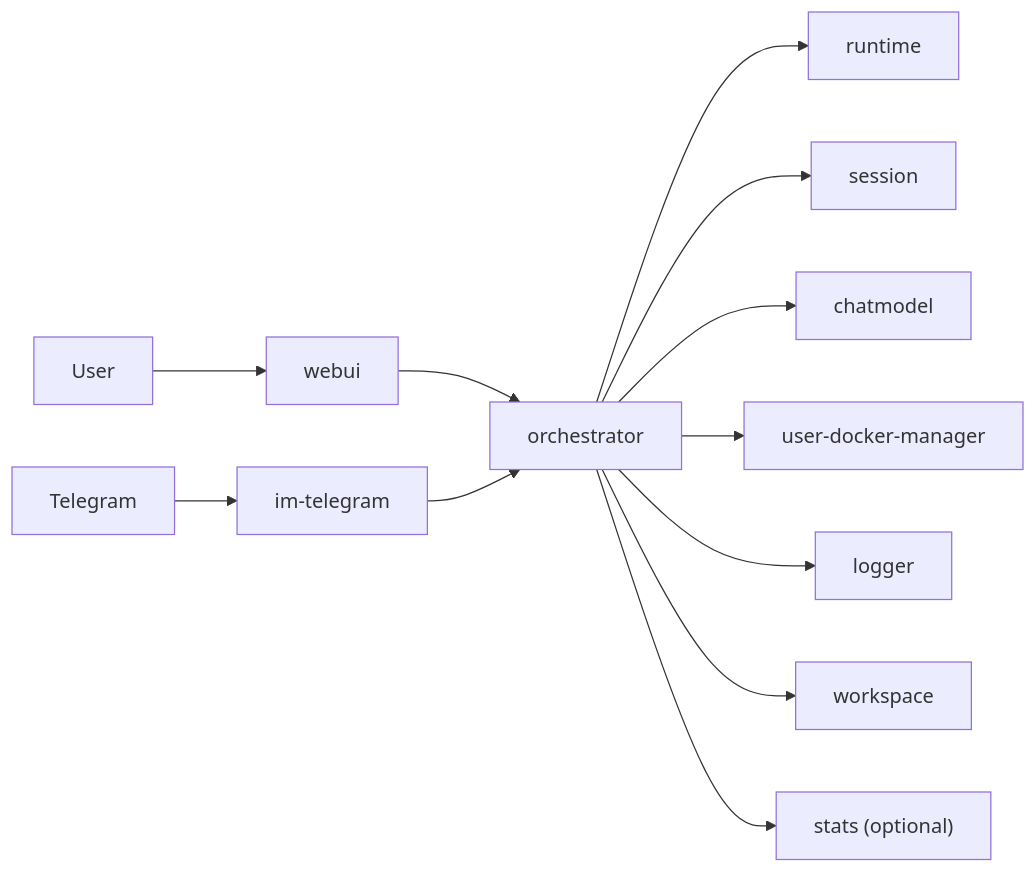
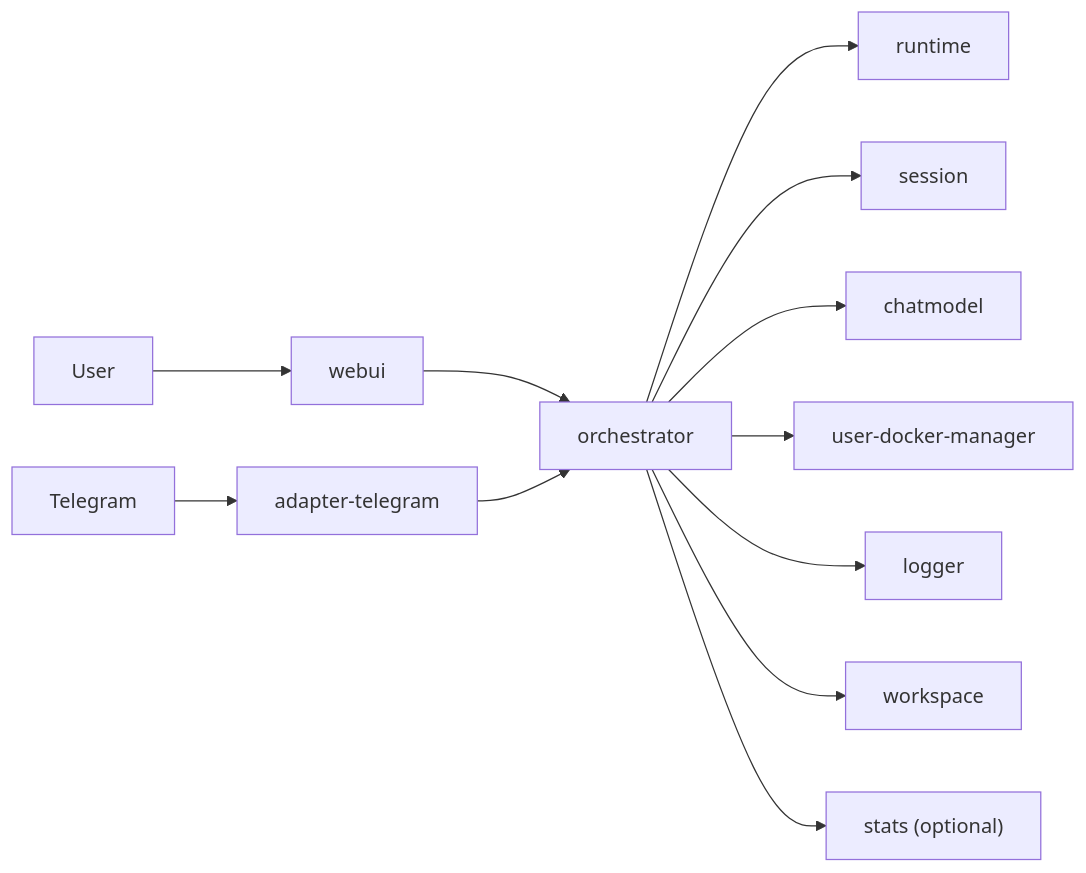
Before and after one commit to WhaleMesh/WhaleBot: the diagram in README.en.md, drawn with Mermaid. The commit also changed other lines of this file and 19 other files, not shown here.

First line of the commit message:
Refactor Telegram integration to adapter-telegram service

````diff
--- a/README.en.md
+++ b/README.en.md
@@ -18,14 +18,14 @@
 ```mermaid
 flowchart LR
   user["User"] --> webui["webui"]
-  tg["Telegram"] --> imTelegram["im-telegram"]
+  tg["Telegram"] --> adapterTelegram["adapter-telegram"]
   webui --> orchestrator["orchestrator"]
-  imTelegram --> orchestrator
+  adapterTelegram --> orchestrator
   orchestrator --> runtime["runtime"]
   orchestrator --> session["session"]
   orchestrator --> chatmodel["chatmodel"]
   orchestrator --> toolDocker["user-docker-manager"]
   orchestrator --> logger["logger"]
   orchestrator --> workspace["workspace"]
   orchestrator --> stats["stats (optional)"]
 ```
````
